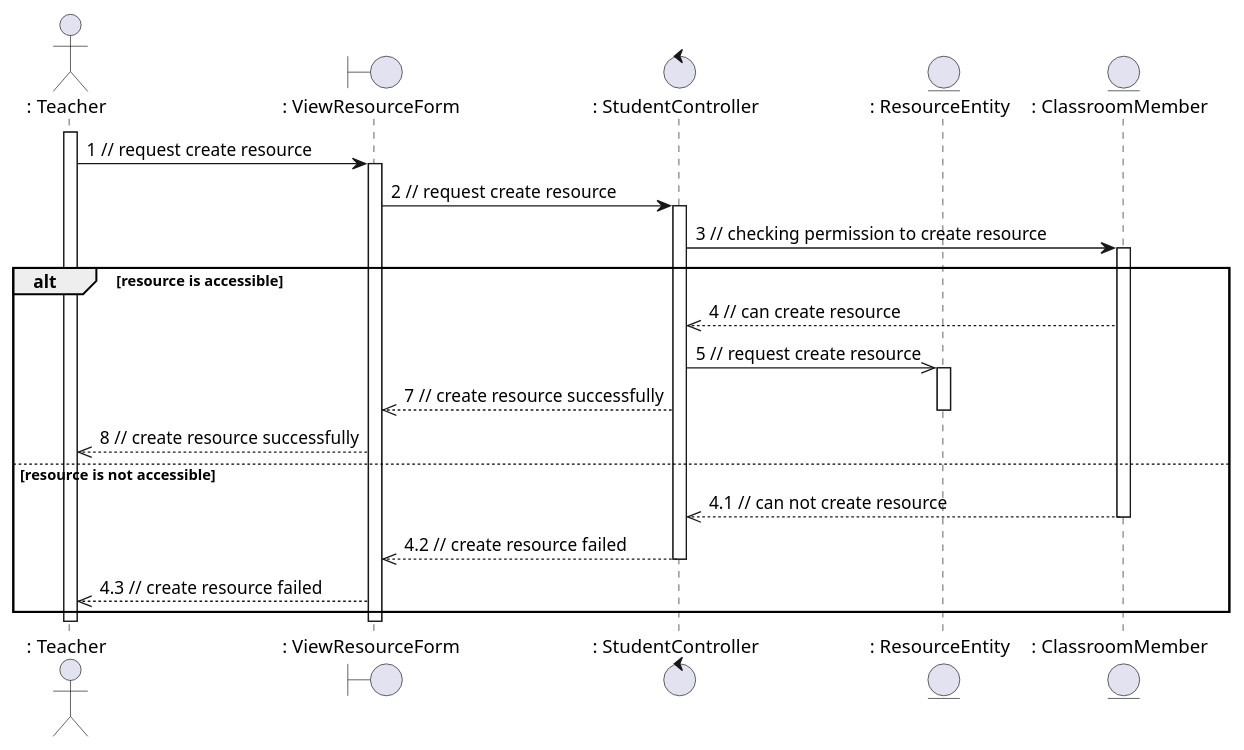
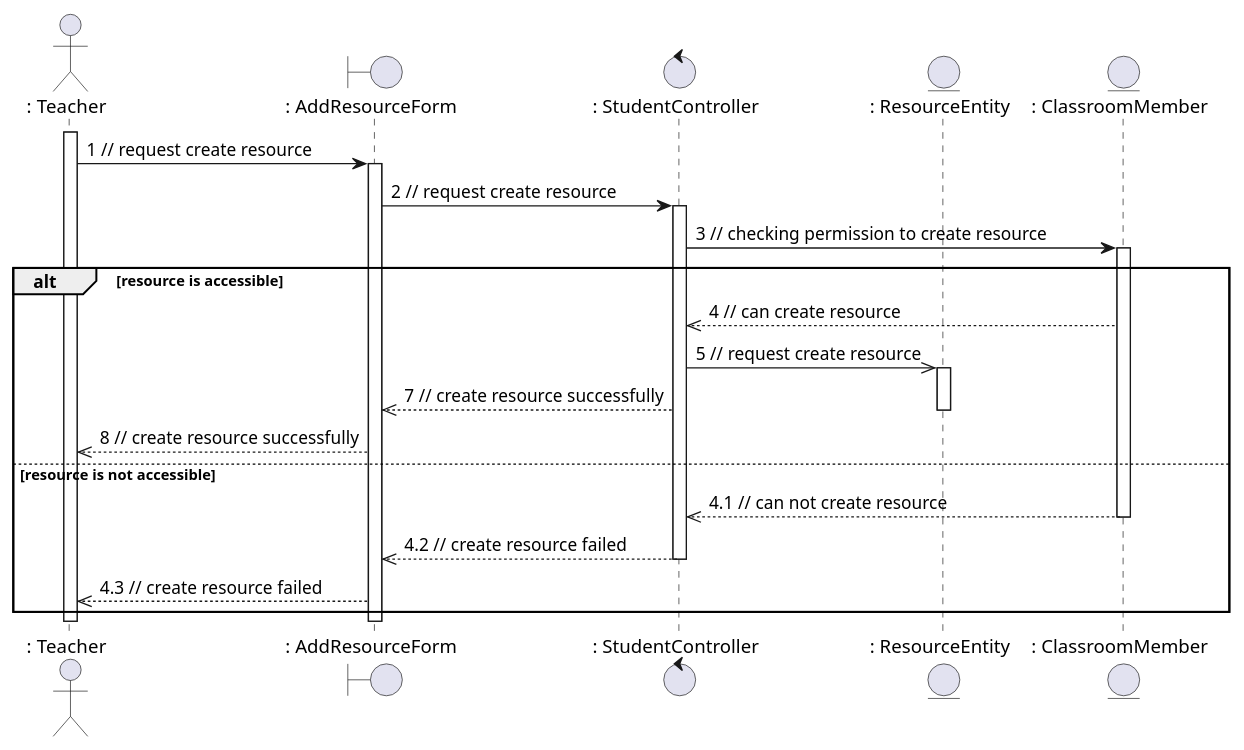
The diagram in sequence - analysis/resource/createResource.plantuml (anonyhostvn/OOAD-Diagram), drawn with PlantUML before and after one commit.

Commit message:
fix viewResourceForm -> addResourceForm

```diff
--- a/sequence - analysis/resource/createResource.plantuml
+++ b/sequence - analysis/resource/createResource.plantuml
@@ -1,36 +1,36 @@
 @startuml createResource
 
 actor ": Teacher"
-boundary ": ViewResourceForm"
+boundary ": AddResourceForm"
 control ": StudentController"
 entity ": ResourceEntity"
 entity ": ClassroomMember"
 
 activate ": Teacher"
 
-": Teacher" -> ": ViewResourceForm": 1 // request create resource
-activate ": ViewResourceForm"
-": ViewResourceForm" -> ": StudentController": 2 // request create resource
+": Teacher" -> ": AddResourceForm": 1 // request create resource
+activate ": AddResourceForm"
+": AddResourceForm" -> ": StudentController": 2 // request create resource
 activate ": StudentController"
 ": StudentController" -> ": ClassroomMember": 3 // checking permission to create resource
 activate ": ClassroomMember"
 alt resource is accessible
     ": ClassroomMember" -->> ": StudentController": 4 // can create resource
     ": StudentController" ->> ": ResourceEntity": 5 // request create resource
     activate ": ResourceEntity"
-    ": StudentController" -->> ": ViewResourceForm": 7 // create resource successfully
+    ": StudentController" -->> ": AddResourceForm": 7 // create resource successfully
     deactivate ": ResourceEntity"
-    ": ViewResourceForm" -->> ": Teacher": 8 // create resource successfully
+    ": AddResourceForm" -->> ": Teacher": 8 // create resource successfully
 else resource is not accessible
     ": ClassroomMember" -->> ": StudentController": 4.1 // can not create resource
     deactivate ": ClassroomMember"
-    ": StudentController" -->> ": ViewResourceForm": 4.2 // create resource failed
+    ": StudentController" -->> ": AddResourceForm": 4.2 // create resource failed
     deactivate ": StudentController"
-    ": ViewResourceForm" -->> ": Teacher": 4.3 // create resource failed
+    ": AddResourceForm" -->> ": Teacher": 4.3 // create resource failed
 end
 
 deactivate ": Teacher"
-deactivate ": ViewResourceForm"
+deactivate ": AddResourceForm"
 
 
 @enduml
```
